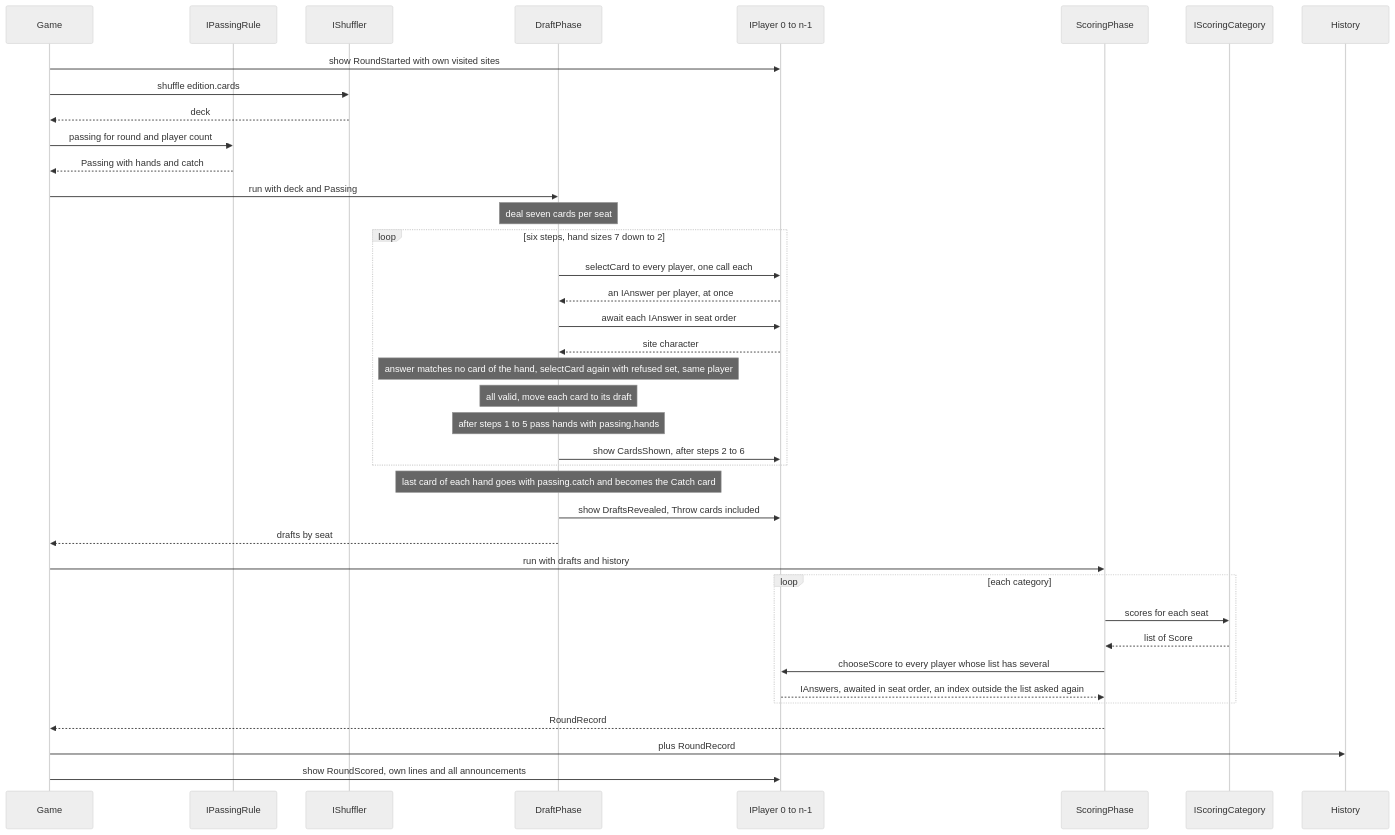
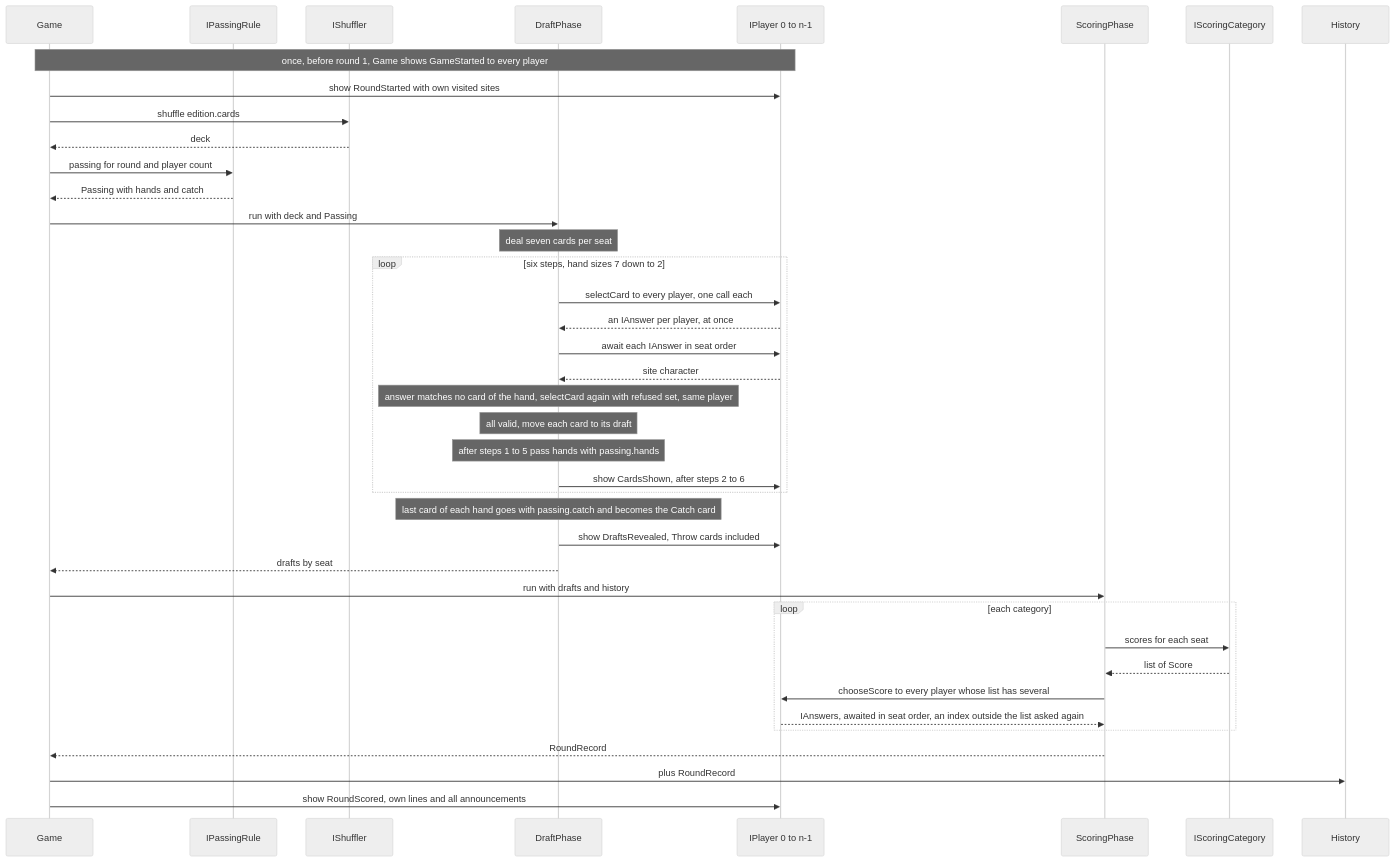
One commit to laszloprekop/boomerang-australia changed the third of 3 diagrams in docs/ARCHITECTURE.md. Above: the diagram before and after it, drawn with Mermaid (neutral theme). The commit also changed other lines of this file, not shown here.

Commit message:
docs: architecture, five clarifications found while writing the tests

````diff
--- a/docs/ARCHITECTURE.md
+++ b/docs/ARCHITECTURE.md
@@ -388,41 +391,42 @@
 ```mermaid
 sequenceDiagram
     participant G as Game
     participant R as IPassingRule
     participant S as IShuffler
     participant D as DraftPhase
     participant P as IPlayer 0 to n-1
     participant X as ScoringPhase
     participant C as IScoringCategory
     participant H as History
+    Note over G,P: once, before round 1, Game shows GameStarted to every player
     G->>P: show RoundStarted with own visited sites
     G->>S: shuffle edition.cards
     S-->>G: deck
     G->>R: passing for round and player count
     R-->>G: Passing with hands and catch
     G->>D: run with deck and Passing
     Note over D: deal seven cards per seat
     loop six steps, hand sizes 7 down to 2
         D->>P: selectCard to every player, one call each
         P-->>D: an IAnswer per player, at once
         D->>P: await each IAnswer in seat order
         P-->>D: site character
         Note over D: answer matches no card of the hand, selectCard again with refused set, same player
         Note over D: all valid, move each card to its draft
         Note over D: after steps 1 to 5 pass hands with passing.hands
         D->>P: show CardsShown, after steps 2 to 6
     end
     Note over D: last card of each hand goes with passing.catch and becomes the Catch card
     D->>P: show DraftsRevealed, Throw cards included
     D-->>G: drafts by seat
     G->>X: run with drafts and history
     loop each category
         X->>C: scores for each seat
         C-->>X: list of Score
         X->>P: chooseScore to every player whose list has several
         P-->>X: IAnswers, awaited in seat order, an index outside the list asked again
     end
     X-->>G: RoundRecord
     G->>H: plus RoundRecord
     G->>P: show RoundScored, own lines and all announcements
 ```
````
